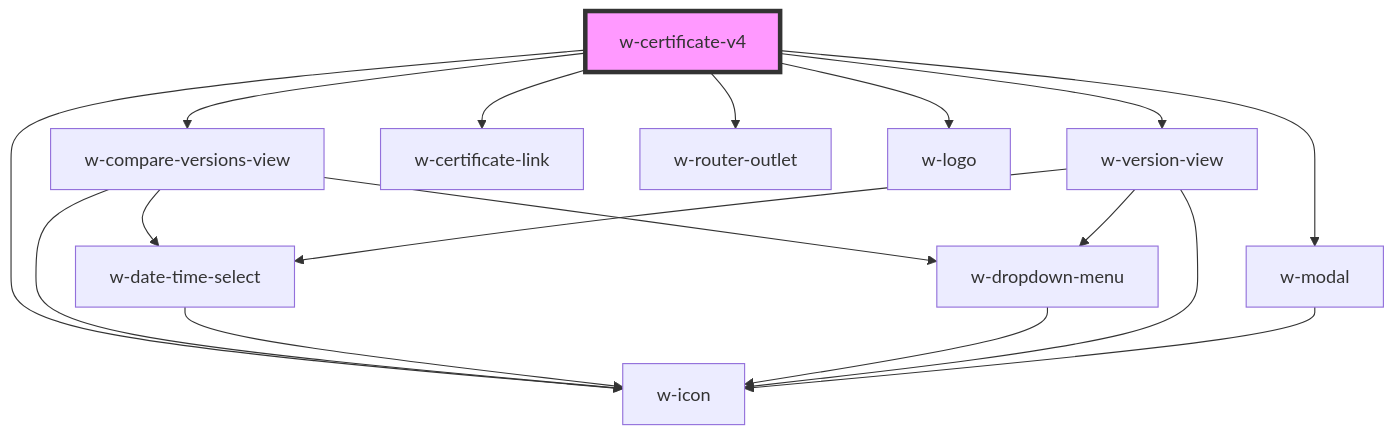
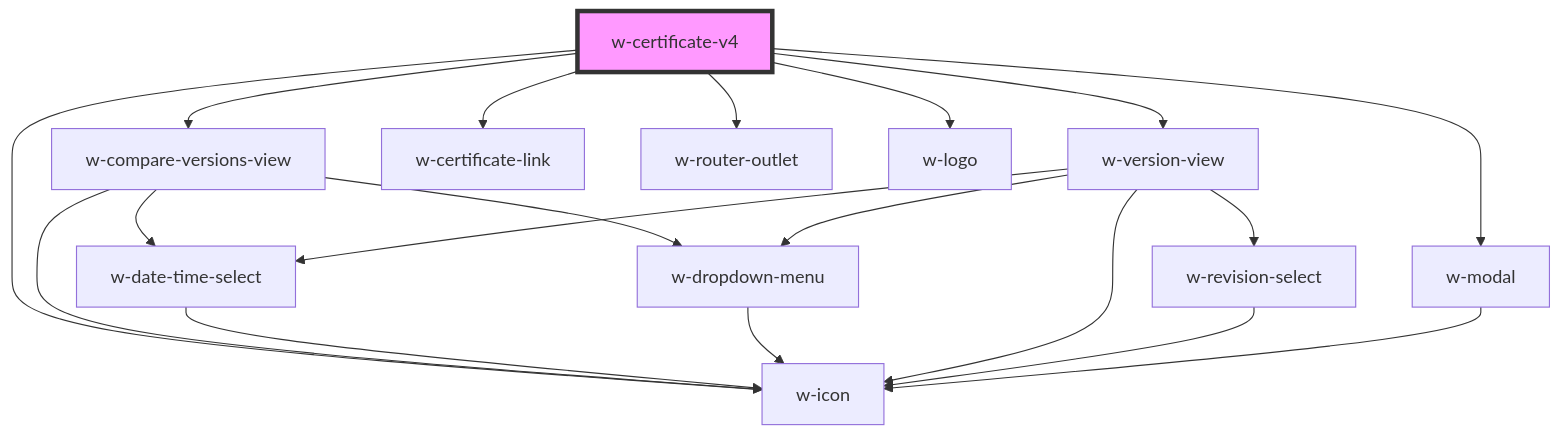
One commit to wordproof/ui changed the diagram in src/components/w-certificate-v4/readme.md. Above: the diagram before and after it, drawn with Mermaid. The commit also changed 4 other files, not shown here.

````diff
--- a/src/components/w-certificate-v4/readme.md
+++ b/src/components/w-certificate-v4/readme.md
@@ -30,20 +30,22 @@
 ```mermaid
 graph TD;
   w-certificate-v4 --> w-compare-versions-view
   w-certificate-v4 --> w-version-view
   w-certificate-v4 --> w-certificate-link
   w-certificate-v4 --> w-modal
   w-certificate-v4 --> w-icon
   w-certificate-v4 --> w-router-outlet
   w-certificate-v4 --> w-logo
   w-compare-versions-view --> w-date-time-select
   w-compare-versions-view --> w-icon
   w-compare-versions-view --> w-dropdown-menu
   w-date-time-select --> w-icon
   w-dropdown-menu --> w-icon
   w-version-view --> w-date-time-select
+  w-version-view --> w-revision-select
   w-version-view --> w-icon
   w-version-view --> w-dropdown-menu
+  w-revision-select --> w-icon
   w-modal --> w-icon
   style w-certificate-v4 fill:#f9f,stroke:#333,stroke-width:4px
 ```
````
